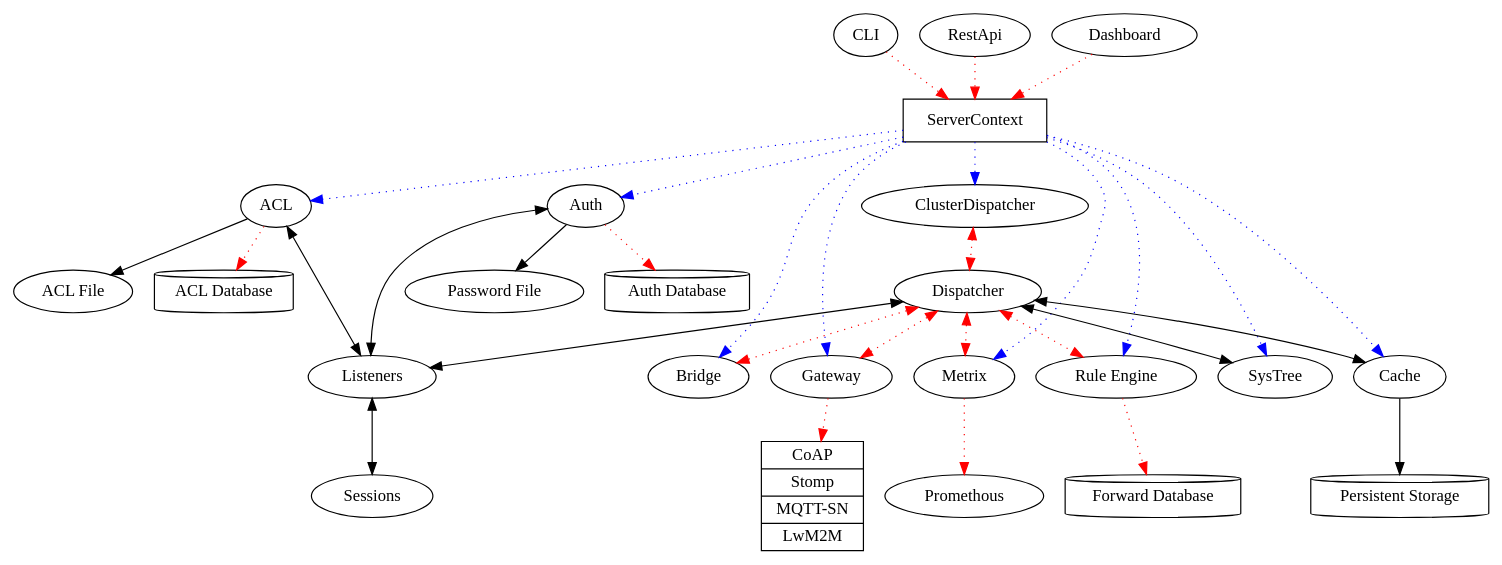
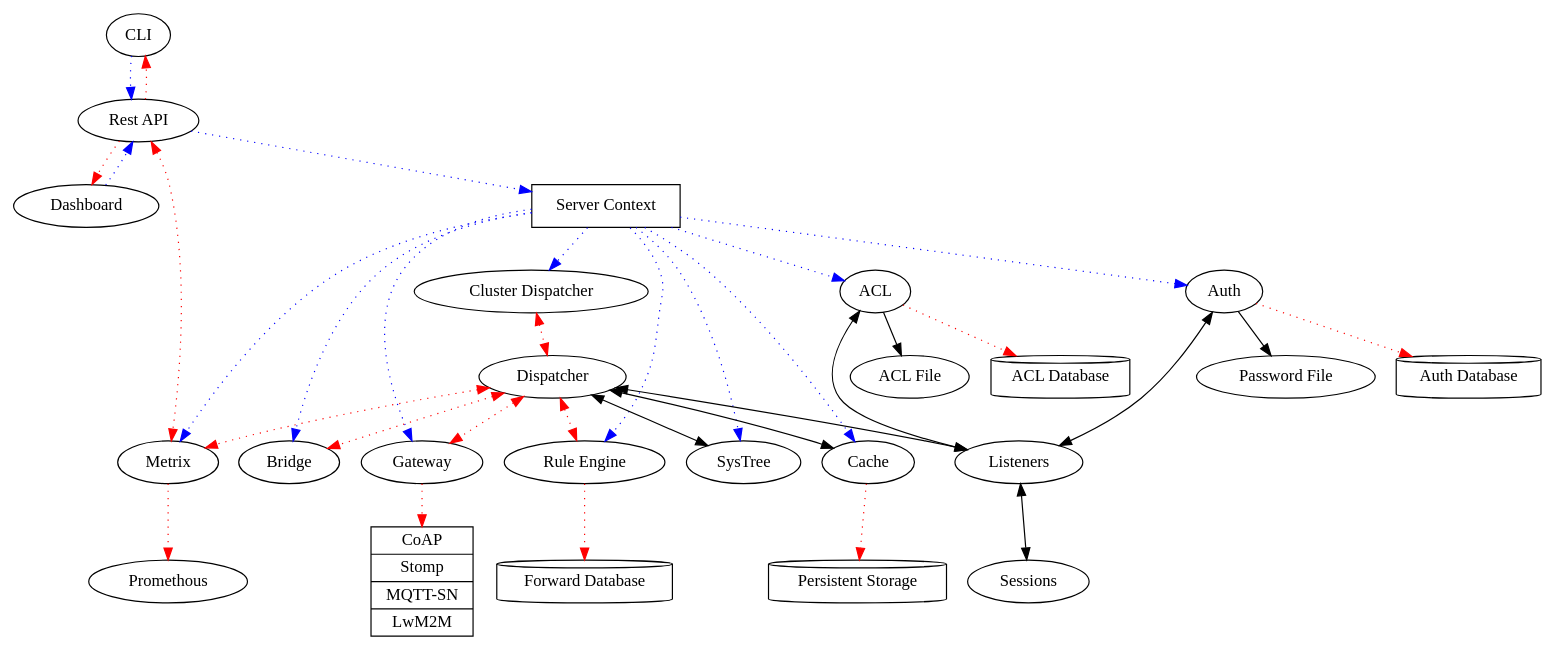
One commit to RustRobotics/hebo changed the diagram in docs/internal.dot. Above: the diagram before and after it, drawn with Graphviz.

Commit message:
docs: Add control lines

```diff
--- a/docs/internal.dot
+++ b/docs/internal.dot
@@ -1,61 +1,64 @@
 
 digraph {
 	// cli
-	CLI -> ServerContext [style=dotted, color=red];
+	CLI -> "Rest API" [style=dotted, color=blue];
+	"Rest API" -> CLI [style=dotted, color=red];
 
 	// dashboard app
-	RestApi -> ServerContext [style=dotted, color=red];
+	Dashboard -> "Rest API" [style=dotted, color=blue];
+	"Rest API" -> Dashboard [style=dotted, color=red];
 
-	Dashboard -> ServerContext [style=dotted, color=red];
+	"Rest API" -> "Server Context" [style=dotted, color=blue];
+	"Rest API" -> Metrix [dir=both, style=dotted, color=red];
 
-	ServerContext [shape=box];
-	ServerContext -> ACL [style=dotted, color=blue];
-	ServerContext -> Auth [style=dotted, color=blue];
-	ServerContext -> Bridge [style=dotted, color=blue];
-	ServerContext -> Gateway [style=dotted, color=blue];
-	ServerContext -> Metrix [style=dotted, color=blue];
-	ServerContext -> ClusterDispatcher [style=dotted, color=blue];
-	ServerContext -> "Rule Engine" [style=dotted, color=blue];
-	ServerContext -> SysTree [style=dotted, color=blue];
-	ServerContext -> Cache [style=dotted, color=blue];
+	"Server Context" [shape=box];
+	"Server Context" -> ACL [style=dotted, color=blue];
+	"Server Context" -> Auth [style=dotted, color=blue];
+	"Server Context" -> Bridge [style=dotted, color=blue];
+	"Server Context" -> Gateway [style=dotted, color=blue];
+	"Server Context" -> Metrix [style=dotted, color=blue];
+	"Server Context" -> "Cluster Dispatcher" [style=dotted, color=blue];
+	"Server Context" -> "Rule Engine" [style=dotted, color=blue];
+	"Server Context" -> SysTree [style=dotted, color=blue];
+	"Server Context" -> Cache [style=dotted, color=blue];
 
-	ClusterDispatcher -> Dispatcher [dir=both, color=red, style=dotted];
+	"Cluster Dispatcher" -> Dispatcher [dir=both, color=red, style=dotted];
 
 	Dispatcher -> Listeners [dir=both];
 	Listeners -> Sessions [dir=both];
 
 	Dispatcher -> SysTree [dir=both];
 
 	Dispatcher -> Cache [dir=both];
 	"Persistent Storage" [shape=cylinder];
-	Cache -> "Persistent Storage";
+	Cache -> "Persistent Storage" [color=red, style=dotted];
 
 	// ACL app
 	ACL -> Listeners [dir=both];
 	ACL -> "ACL File";
 	"ACL Database" [shape=cylinder];
 	ACL -> "ACL Database" [style=dotted, color=red];
 
 	// auth app
 	Auth -> Listeners [dir=both];
 	Auth -> "Password File";
 	"Auth Database" [shape=cylinder];
 	Auth -> "Auth Database" [style=dotted, color=red];
 
 	// mqtt bridge app
 	Dispatcher -> Bridge [dir=both,style=dotted, color=red];
 
 	// gateway app
 	Dispatcher -> Gateway [dir=both, style=dotted, color=red];
 	ExternalProtocols [shape=record, label="{ CoAP | Stomp | MQTT-SN | LwM2M }"];
 	Gateway -> ExternalProtocols [style=dotted, color=red];
 
 	// monitor app
 	Dispatcher -> Metrix [dir=both, style=dotted, color=red];
 	Metrix -> Promethous [style=dotted, color=red];
 
 	// rule engine app
 	Dispatcher -> "Rule Engine" [dir=both, style=dotted, color=red];
 	"Forward Database" [shape=cylinder];
 	"Rule Engine" -> "Forward Database" [style=dotted, color=red];
 }
```
